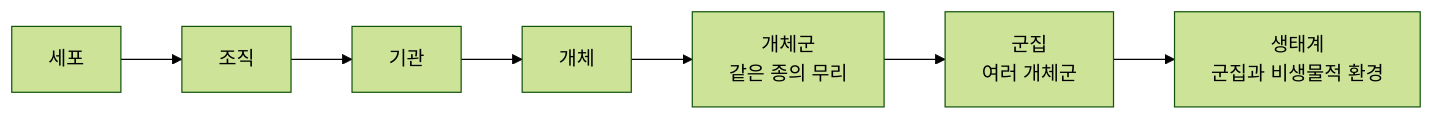
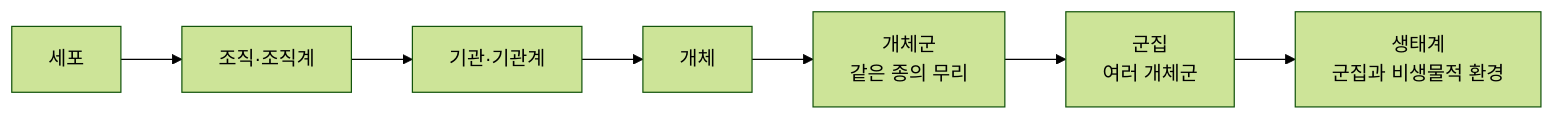
The second of 3 diagrams in 통합과학2/5단원_환경과_에너지/5-1_생태계_구성_요소.md (EricKOR1/sciencebook), drawn with Mermaid (forest theme) before and after one commit. The commit also changed 11 other files, not shown here.

````diff
--- a/통합과학2/5단원_환경과_에너지/5-1_생태계_구성_요소.md
+++ b/통합과학2/5단원_환경과_에너지/5-1_생태계_구성_요소.md
@@ -202,7 +202,7 @@
 ```mermaid
 flowchart LR
-    A["세포"] --> B["조직"] --> C["기관"] --> D["개체"]
+    A["세포"] --> B["조직·조직계"] --> C["기관·기관계"] --> D["개체"]
     D --> E["개체군<br/>같은 종의 무리"]
     E --> F["군집<br/>여러 개체군"]
     F --> G["생태계<br/>군집과 비생물적 환경"]
 ```
````
